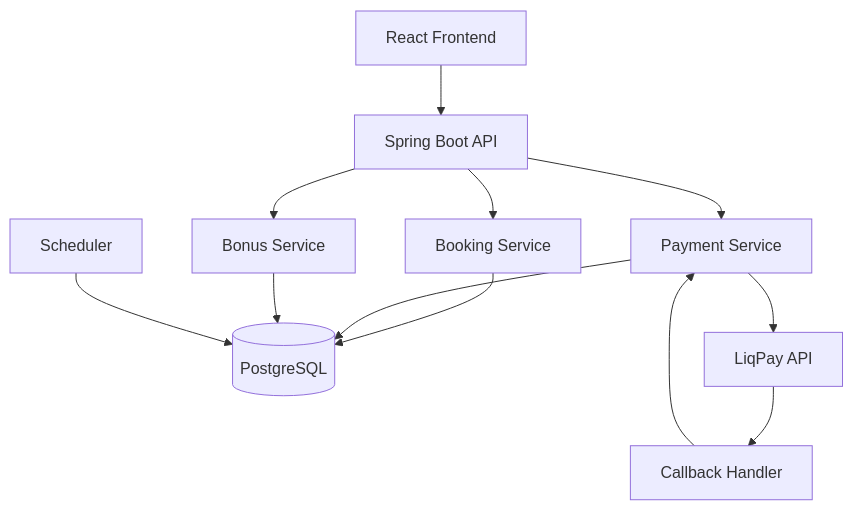
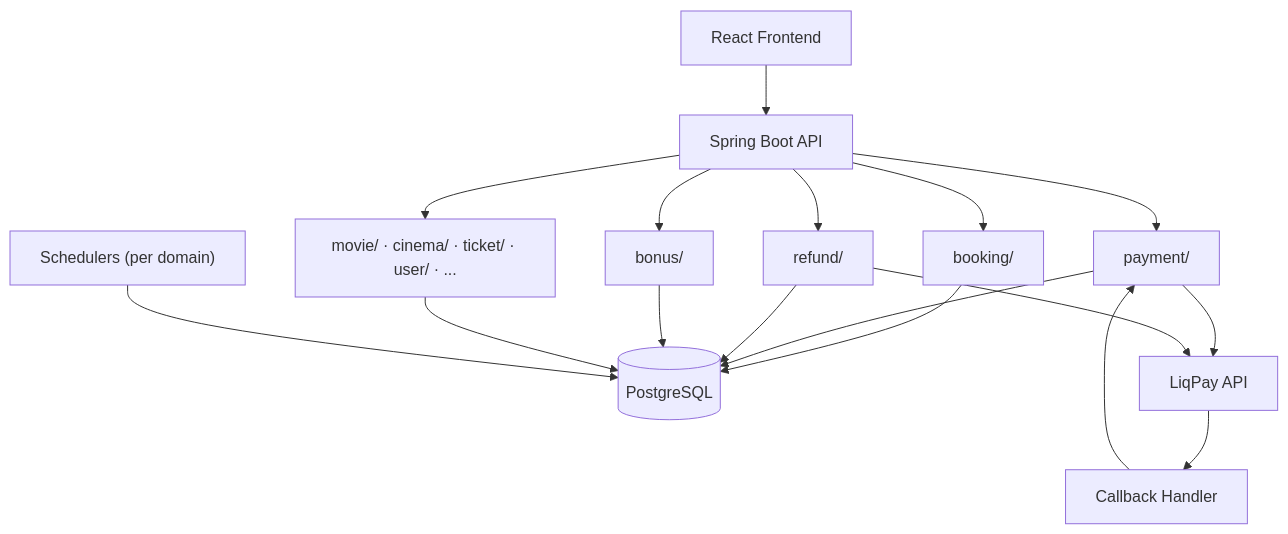
The diagram in README.md (AntonBas/Cinema), drawn with Mermaid before and after one commit. The commit also changed other lines of this file, not shown here.

````diff
--- a/README.md
+++ b/README.md
@@ -161,18 +165,23 @@
 ```mermaid
 flowchart TD
     A[React Frontend] --> B[Spring Boot API]
 
-    B --> C[Booking Service]
-    B --> D[Payment Service]
-    B --> E[Bonus Service]
+    B --> BK["booking/"]
+    B --> PM["payment/"]
+    B --> RF["refund/"]
+    B --> BN["bonus/"]
+    B --> MV["movie/ · cinema/ · ticket/ · user/ · ..."]
 
-    C --> DB[(PostgreSQL)]
-    D --> DB
-    E --> DB
+    BK --> DB[(PostgreSQL)]
+    PM --> DB
+    RF --> DB
+    BN --> DB
+    MV --> DB
 
-    D --> P[LiqPay API]
+    PM --> P[LiqPay API]
     P --> CB[Callback Handler]
-    CB --> D
+    CB --> PM
+    RF --> P
 
-    S[Scheduler] --> DB
+    S["Schedulers (per domain)"] --> DB
 ```
````
